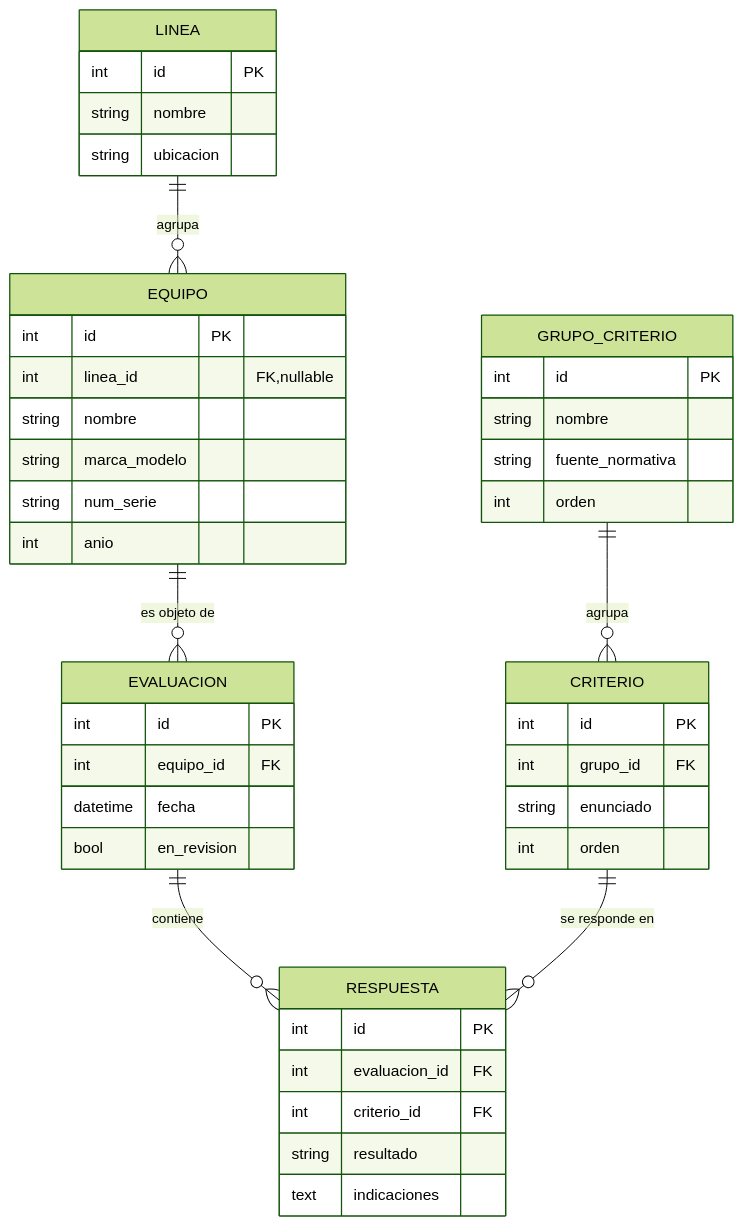
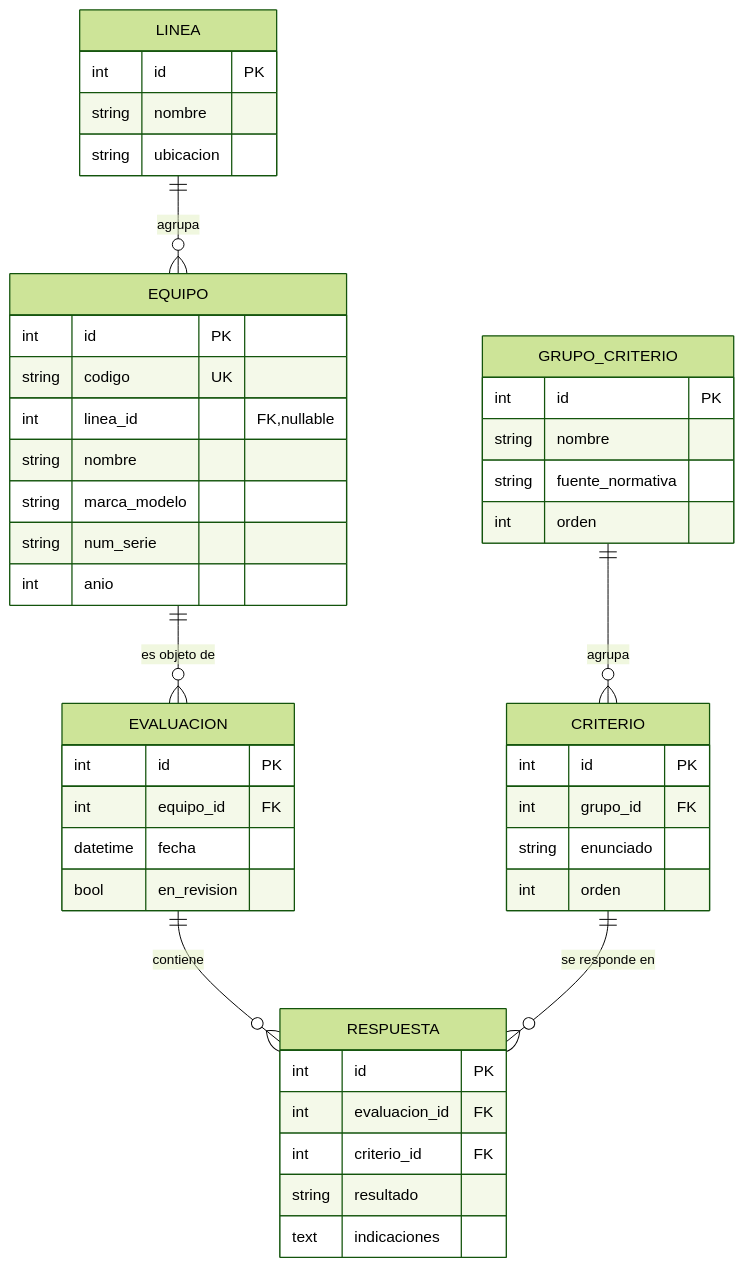
The diagram in assets/diagramas/modelo_er.mmd (socjoseluis/tfb-rd1215), drawn with Mermaid (forest theme) before and after one commit. The commit also changed 15 other files, not shown here.

```diff
--- a/assets/diagramas/modelo_er.mmd
+++ b/assets/diagramas/modelo_er.mmd
@@ -1,44 +1,45 @@
 erDiagram
   LINEA ||--o{ EQUIPO : agrupa
   EQUIPO ||--o{ EVALUACION : "es objeto de"
   EVALUACION ||--o{ RESPUESTA : contiene
   CRITERIO ||--o{ RESPUESTA : "se responde en"
   GRUPO_CRITERIO ||--o{ CRITERIO : agrupa
   LINEA {
     int id PK
     string nombre
     string ubicacion
   }
   EQUIPO {
     int id PK
+    string codigo UK
     int linea_id "FK,nullable"
     string nombre
     string marca_modelo
     string num_serie
     int anio
   }
   GRUPO_CRITERIO {
     int id PK
     string nombre
     string fuente_normativa
     int orden
   }
   CRITERIO {
     int id PK
     int grupo_id FK
     string enunciado
     int orden
   }
   EVALUACION {
     int id PK
     int equipo_id FK
     datetime fecha
     bool en_revision
   }
   RESPUESTA {
     int id PK
     int evaluacion_id FK
     int criterio_id FK
     string resultado
     text indicaciones
   }
```
